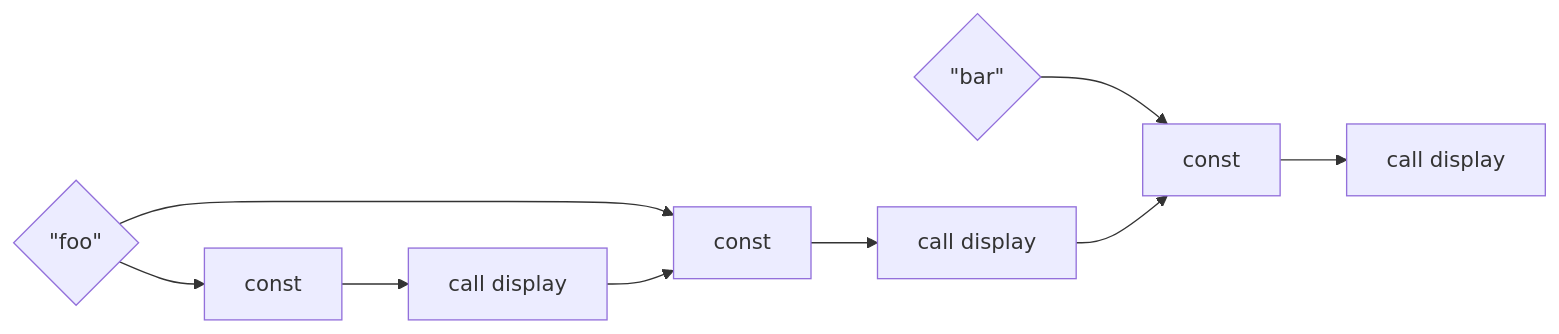
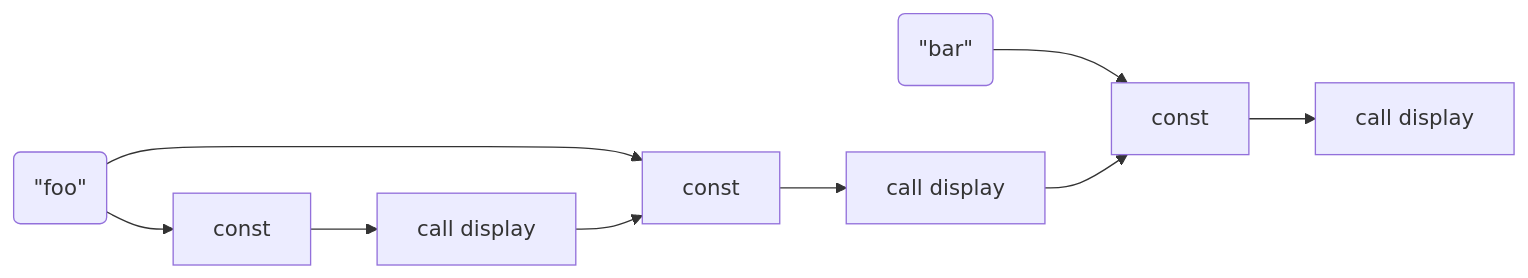
The diagram in slides/papers/stak-scheme/duplicate-strings.mmd (raviqqe/doc), drawn with Mermaid before and after one commit.

```diff
--- a/slides/papers/stak-scheme/duplicate-strings.mmd
+++ b/slides/papers/stak-scheme/duplicate-strings.mmd
@@ -1,7 +1,7 @@
 flowchart LR
-  d0{#quot;foo#quot;} --> c0
+  d0(#quot;foo#quot;) --> c0
   d0 --> c2
-  d1{#quot;bar#quot;} --> c4
+  d1(#quot;bar#quot;) --> c4
   c0[const ] --> c1[call display] --> c2
   c2[const] --> c3[call display] --> c4
   c4[const] --> c5[call display]
```
